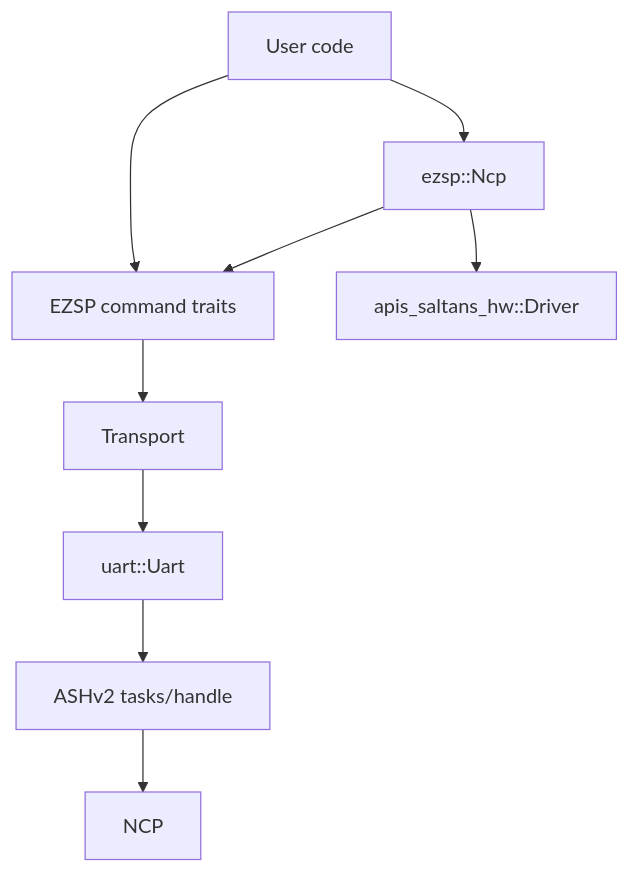
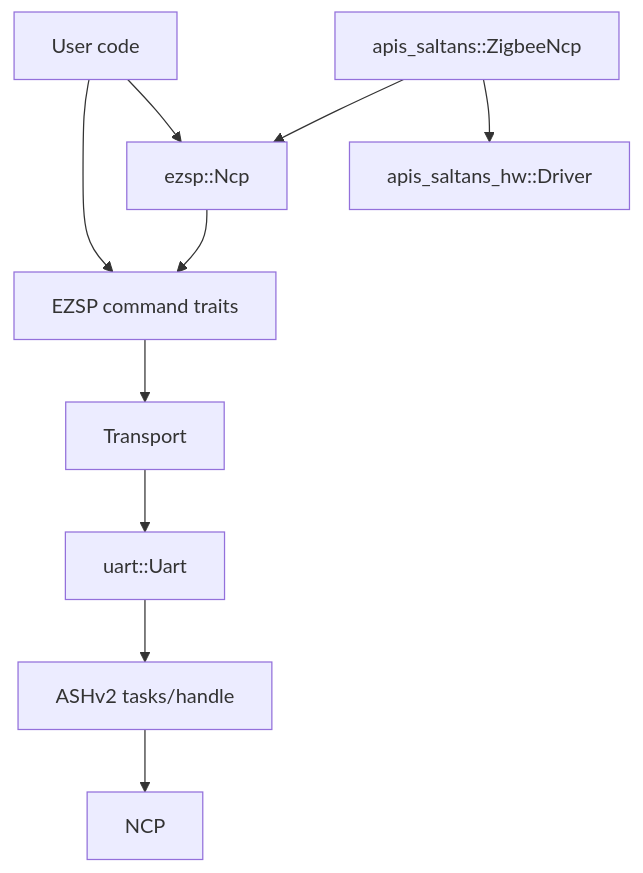
The first of 3 diagrams in ARCHITECTURE.md (PaulmannLighting/ezsp), drawn with Mermaid before and after one commit. The commit also changed other lines of this file and 5 other files, not shown here.

Commit message:
Use a newtype for the apis-saltans subsystem and fix the missing set endpoints on the `Ncp` struct.

````diff
--- a/ARCHITECTURE.md
+++ b/ARCHITECTURE.md
@@ -25,12 +25,13 @@
 ```mermaid
 flowchart TD
     A[User code] --> B[EZSP command traits]
     B --> C[Transport]
     C --> D[uart::Uart]
     D --> E[ASHv2 tasks/handle]
     E --> F[NCP]
 
     A --> G[ezsp::Ncp]
     G --> B
-    G --> H[apis_saltans_hw::Driver]
+    I[apis_saltans::ZigbeeNcp] --> G
+    I --> H[apis_saltans_hw::Driver]
 ```
````
